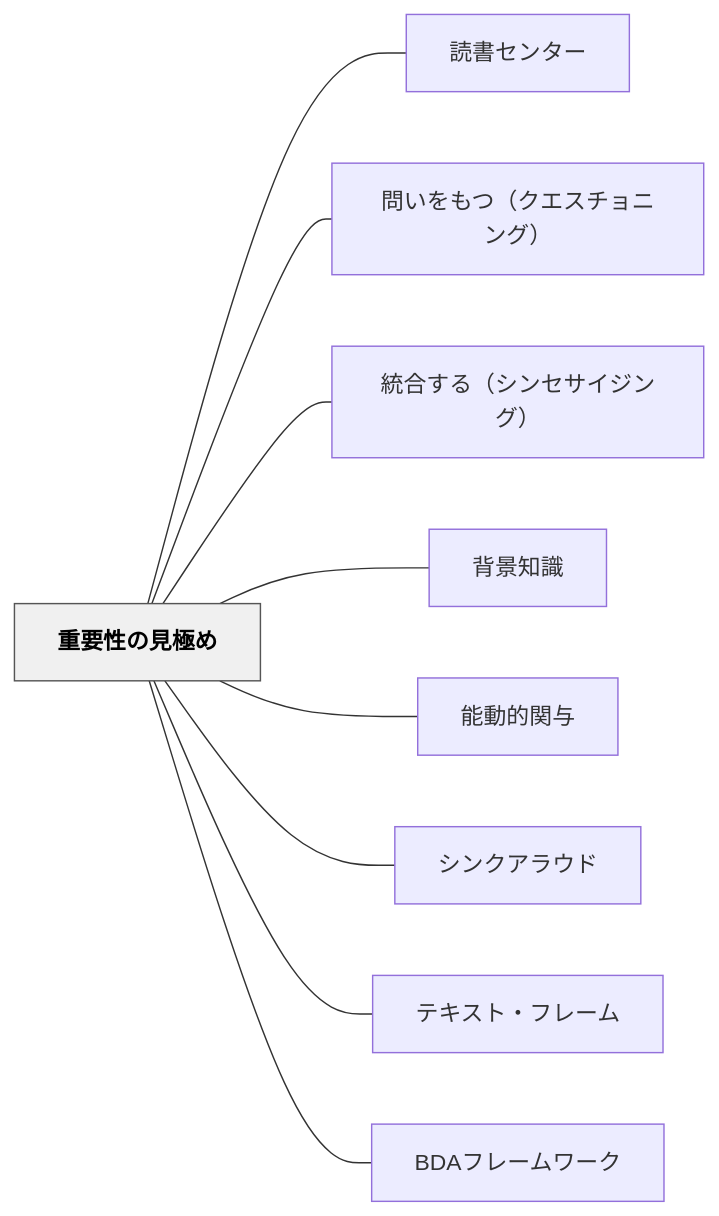
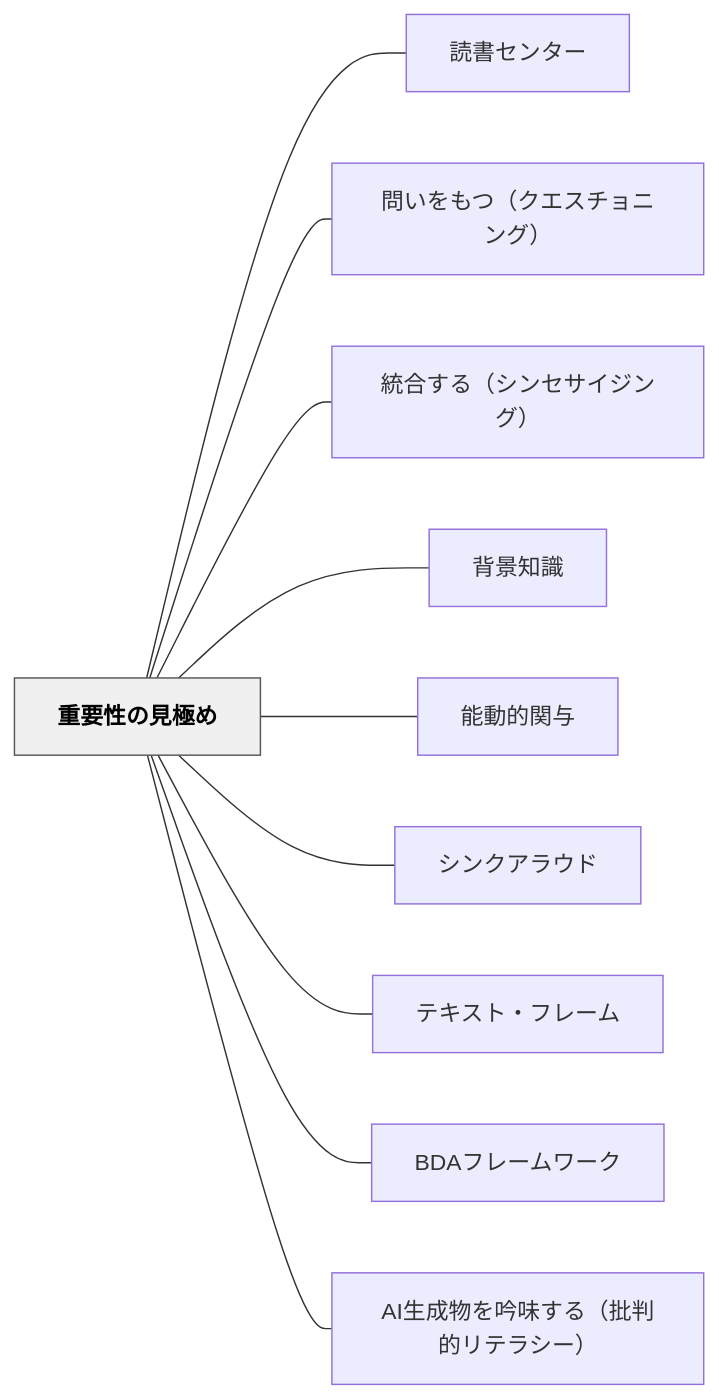
The diagram in content/パタン/重要性の見極め.md (unknownthings-ed-patterns/unknownthings-ed-patterns), drawn with Mermaid before and after one commit. The commit also changed other lines of this file and 20 other files, not shown here.

````diff
--- a/content/パタン/重要性の見極め.md
+++ b/content/パタン/重要性の見極め.md
@@ -132,24 +133,26 @@
 ```mermaid
 flowchart LR
     ne9878de8a681e680a7e381aee8a68be6a5b5e38281["重要性の見極め"]
     ne8aaade69bb8e382bbe383b3e382bfe383bc["読書センター"]
     ne5958fe38184e38292e38282e381a4efbc88e382afe382a8e382b9e38381e383a7e3838be383b3e382b0efbc89["問いをもつ（クエスチョニング）"]
     ne7b5b1e59088e38199e3828befbc88e382b7e383b3e382bbe382b5e382a4e382b8e383b3e382b0efbc89["統合する（シンセサイジング）"]
     ne8838ce699afe79fa5e8ad98["背景知識"]
     ne883bde58b95e79a84e996a2e4b88e["能動的関与"]
     ne382b7e383b3e382afe382a2e383a9e382a6e38389["シンクアラウド"]
     ne38386e382ade382b9e38388e383bbe38395e383ace383bce383a0["テキスト・フレーム"]
     n424441e38395e383ace383bce383a0e383afe383bce382af["BDAフレームワーク"]
+    n4149e7949fe68890e789a9e38292e5909fe591b3e38199e3828befbc88e689b9e588a4e79a84e383aae38386e383a9e382b7e383bcefbc89["AI生成物を吟味する（批判的リテラシー）"]
 
     ne9878de8a681e680a7e381aee8a68be6a5b5e38281 --- ne8aaade69bb8e382bbe383b3e382bfe383bc
     ne9878de8a681e680a7e381aee8a68be6a5b5e38281 --- ne5958fe38184e38292e38282e381a4efbc88e382afe382a8e382b9e38381e383a7e3838be383b3e382b0efbc89
     ne9878de8a681e680a7e381aee8a68be6a5b5e38281 --- ne7b5b1e59088e38199e3828befbc88e382b7e383b3e382bbe382b5e382a4e382b8e383b3e382b0efbc89
     ne9878de8a681e680a7e381aee8a68be6a5b5e38281 --- ne8838ce699afe79fa5e8ad98
     ne9878de8a681e680a7e381aee8a68be6a5b5e38281 --- ne883bde58b95e79a84e996a2e4b88e
     ne9878de8a681e680a7e381aee8a68be6a5b5e38281 --- ne382b7e383b3e382afe382a2e383a9e382a6e38389
     ne9878de8a681e680a7e381aee8a68be6a5b5e38281 --- ne38386e382ade382b9e38388e383bbe38395e383ace383bce383a0
     ne9878de8a681e680a7e381aee8a68be6a5b5e38281 --- n424441e38395e383ace383bce383a0e383afe383bce382af
+    ne9878de8a681e680a7e381aee8a68be6a5b5e38281 --- n4149e7949fe68890e789a9e38292e5909fe591b3e38199e3828befbc88e689b9e588a4e79a84e383aae38386e383a9e382b7e383bcefbc89
 
     classDef hub fill:#f0f0f0,stroke:#555,color:#000,font-weight:bold
     class ne9878de8a681e680a7e381aee8a68be6a5b5e38281 hub
 ```
````
